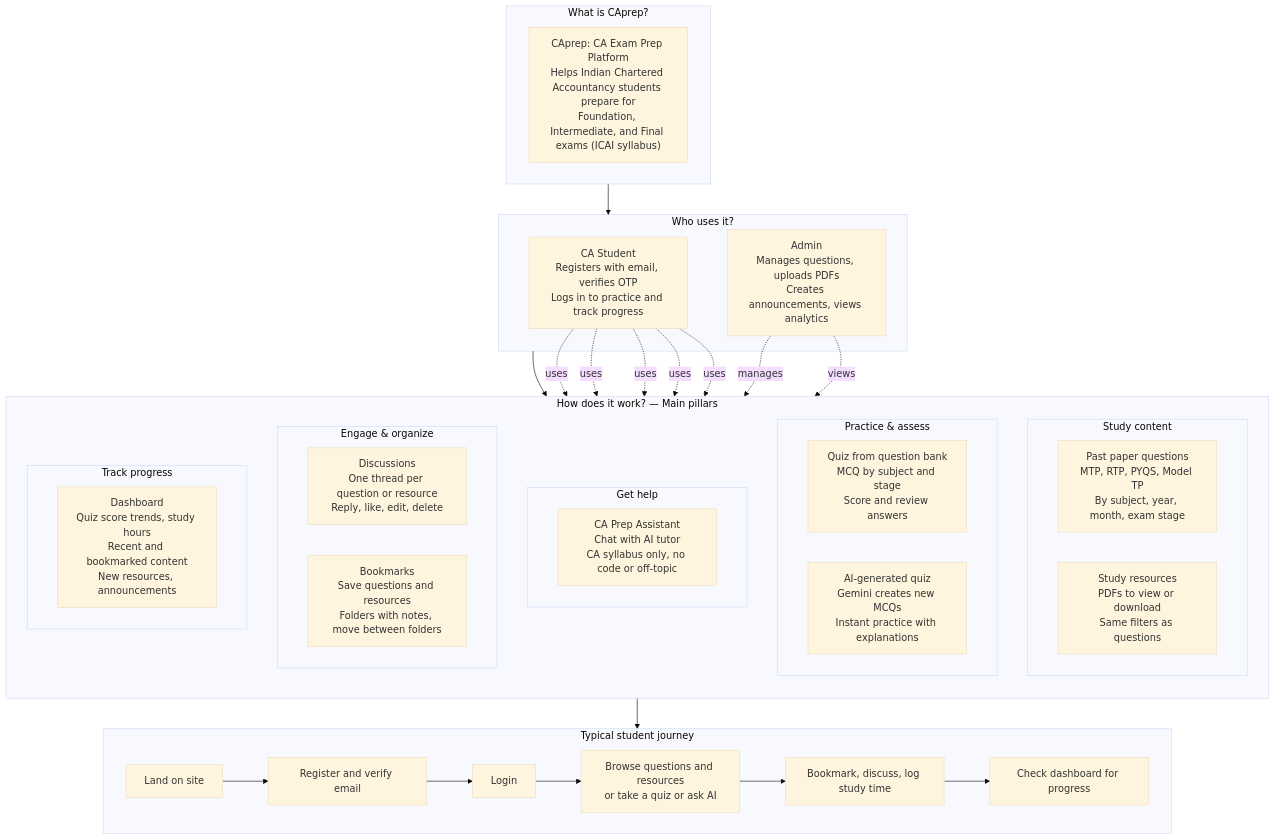
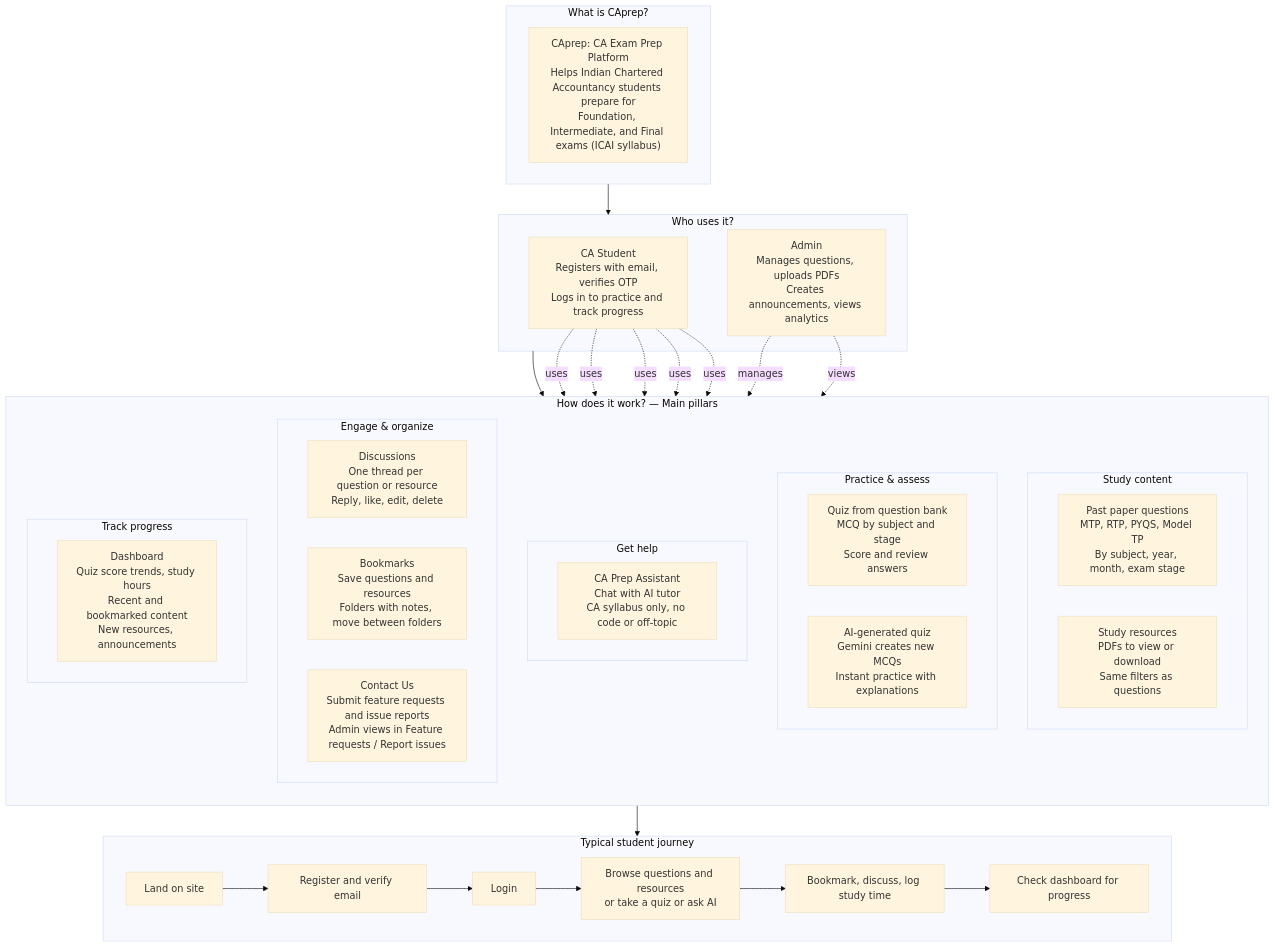
One commit to TheVish04/CAprep changed the first of 5 diagrams in README.md. Above: the diagram before and after it, drawn with Mermaid (base theme). The commit also changed other lines of this file and 6 other files, not shown here.

````diff
--- a/README.md
+++ b/README.md
@@ -144,55 +149,56 @@
 ```mermaid
 flowchart TB
     subgraph What["What is CAprep?"]
         Purpose["CAprep: CA Exam Prep Platform<br/>Helps Indian Chartered Accountancy students prepare for<br/>Foundation, Intermediate, and Final exams (ICAI syllabus)"]
     end
 
     subgraph Who["Who uses it?"]
         Student["CA Student<br/>Registers with email, verifies OTP<br/>Logs in to practice and track progress"]
         Admin["Admin<br/>Manages questions, uploads PDFs<br/>Creates announcements, views analytics"]
     end
 
     subgraph How["How does it work? — Main pillars"]
         direction TB
         subgraph Content["Study content"]
             Q["Past paper questions<br/>MTP, RTP, PYQS, Model TP<br/>By subject, year, month, exam stage"]
             R["Study resources<br/>PDFs to view or download<br/>Same filters as questions"]
         end
         subgraph Practice["Practice & assess"]
             QuizBank["Quiz from question bank<br/>MCQ by subject and stage<br/>Score and review answers"]
             AIQuiz["AI-generated quiz<br/>Gemini creates new MCQs<br/>Instant practice with explanations"]
         end
         subgraph Help["Get help"]
             AIChat["CA Prep Assistant<br/>Chat with AI tutor<br/>CA syllabus only, no code or off-topic"]
         end
         subgraph Engage["Engage & organize"]
             Discuss["Discussions<br/>One thread per question or resource<br/>Reply, like, edit, delete"]
             Bookmark["Bookmarks<br/>Save questions and resources<br/>Folders with notes, move between folders"]
+            Contact["Contact Us<br/>Submit feature requests and issue reports<br/>Admin views in Feature requests / Report issues"]
         end
         subgraph Track["Track progress"]
             Dash["Dashboard<br/>Quiz score trends, study hours<br/>Recent and bookmarked content<br/>New resources, announcements"]
         end
     end
 
     subgraph Flow["Typical student journey"]
         F1["Land on site"]
         F2["Register and verify email"]
         F3["Login"]
         F4["Browse questions and resources<br/>or take a quiz or ask AI"]
         F5["Bookmark, discuss, log study time"]
         F6["Check dashboard for progress"]
         F1 --> F2 --> F3 --> F4 --> F5 --> F6
     end
 
     What --> Who
     Who --> How
     How --> Flow
 
     Student -.->|uses| Content
     Student -.->|uses| Practice
     Student -.->|uses| Help
     Student -.->|uses| Engage
     Student -.->|uses| Track
     Admin -.->|manages| Content
     Admin -.->|views| Track
 ```
````
